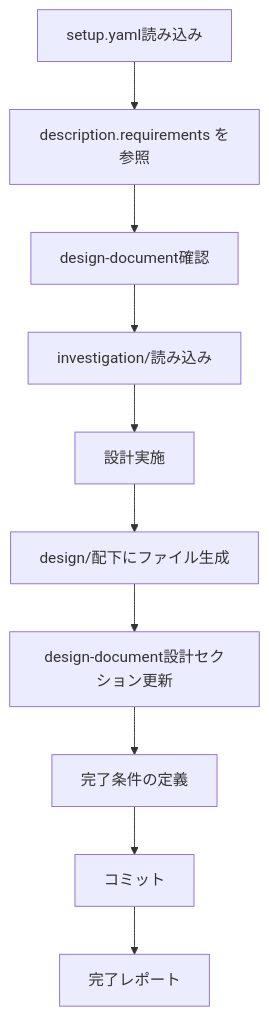
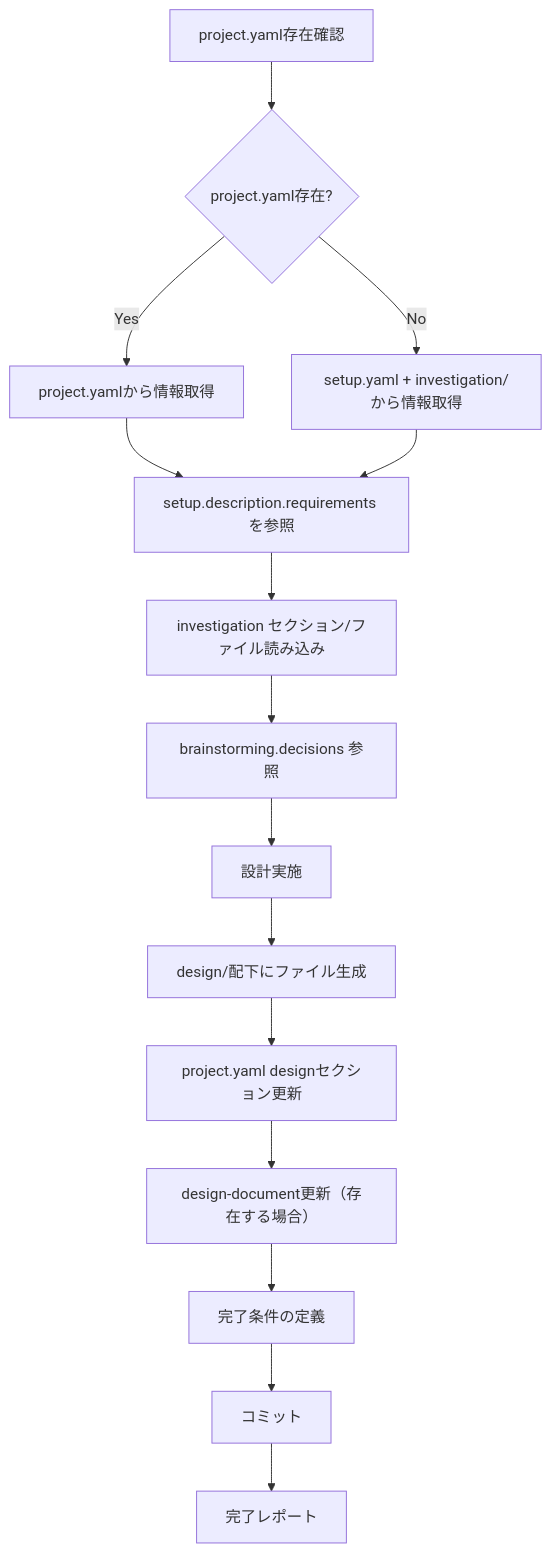
One commit to NagasakaH/dev-process changed the first of 3 diagrams in .claude/skills/design/SKILL.md. Above: the diagram before and after it, drawn with Mermaid. The commit also changed other lines of this file and 11 other files, not shown here.

````diff
--- a/.claude/skills/design/SKILL.md
+++ b/.claude/skills/design/SKILL.md
@@ -76,12 +118,17 @@
 ```mermaid
 flowchart TD
-    A[setup.yaml読み込み] --> B[description.requirements を参照]
-    B --> C[design-document確認]
-    C --> D[investigation/読み込み]
-    D --> E[設計実施]
-    E --> F[design/配下にファイル生成]
-    F --> G[design-document設計セクション更新]
-    G --> H[完了条件の定義]
-    H --> I[コミット]
-    I --> J[完了レポート]
+    A[project.yaml存在確認] --> B{project.yaml存在?}
+    B -->|Yes| C[project.yamlから情報取得]
+    B -->|No| D[setup.yaml + investigation/から情報取得]
+    C --> E[setup.description.requirements を参照]
+    D --> E
+    E --> F[investigation セクション/ファイル読み込み]
+    F --> G[brainstorming.decisions 参照]
+    G --> H[設計実施]
+    H --> I[design/配下にファイル生成]
+    I --> J[project.yaml designセクション更新]
+    J --> K[design-document更新（存在する場合）]
+    K --> L[完了条件の定義]
+    L --> M[コミット]
+    M --> N[完了レポート]
 ```
````
